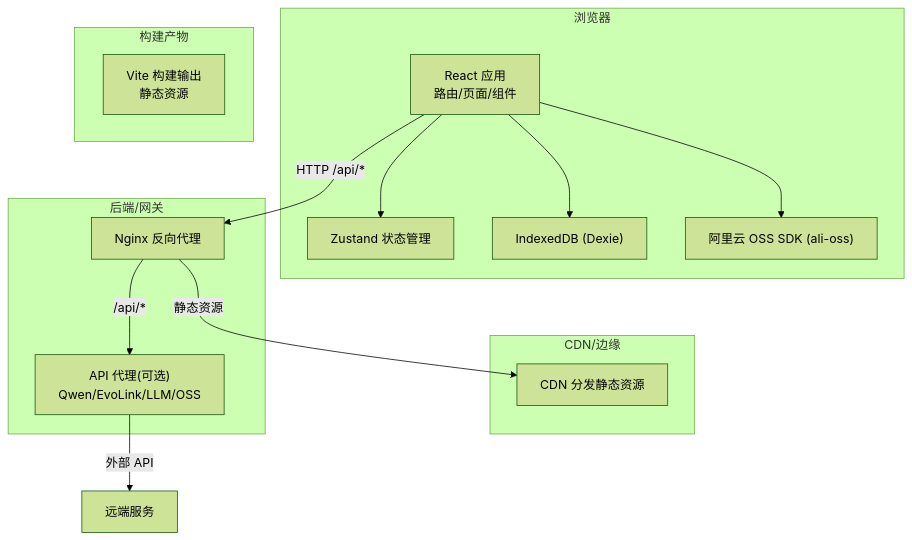
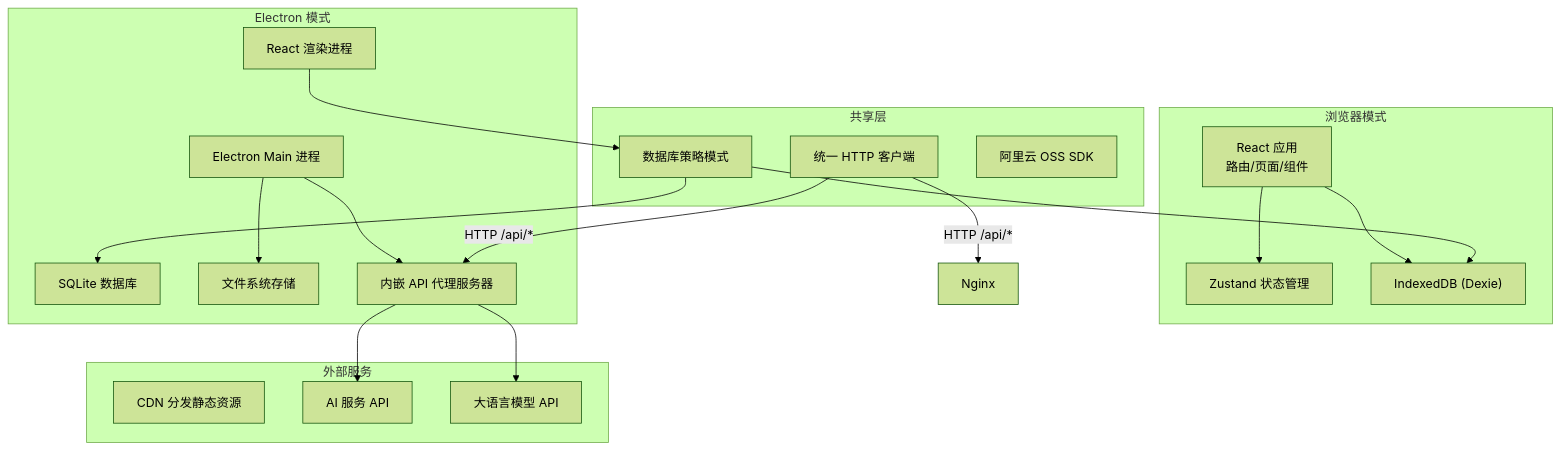
Before and after one commit to AlbusWei/AI-Image-Studio: the first of 4 diagrams in .qoder/repowiki/zh/content/部署指南.md, drawn with Mermaid (forest theme). The commit also changed other lines of this file and 37 other files, not shown here.

First line of the commit message:
feat: 统一数据源 - 浏览器和 Electron 共享同一 SQLite 数据库

````diff
--- a/.qoder/repowiki/zh/content/部署指南.md
+++ b/.qoder/repowiki/zh/content/部署指南.md
@@ -34,26 +44,36 @@
 ```mermaid
 graph TB
-subgraph "浏览器"
-UI["React 应用<br/>路由/页面/组件"]
-Store["Zustand 状态管理"]
-DB["IndexedDB (Dexie)"]
-OSS["阿里云 OSS SDK (ali-oss)"]
+subgraph "浏览器模式"
+BrowserUI["React 应用<br/>路由/页面/组件"]
+BrowserStore["Zustand 状态管理"]
+BrowserDB["IndexedDB (Dexie)"]
 end
-subgraph "构建产物"
-Dist["Vite 构建输出<br/>静态资源"]
+subgraph "Electron 模式"
+ElectronMain["Electron Main 进程"]
+ElectronRenderer["React 渲染进程"]
+SQLiteDB["SQLite 数据库"]
+FileStorage["文件系统存储"]
+APIProxy["内嵌 API 代理服务器"]
 end
-subgraph "CDN/边缘"
+subgraph "共享层"
+StrategyPattern["数据库策略模式"]
+APIClient["统一 HTTP 客户端"]
+OSS["阿里云 OSS SDK"]
+end
+subgraph "外部服务"
 CDN["CDN 分发静态资源"]
+AI_APIs["AI 服务 API"]
+LLM_APIs["大语言模型 API"]
 end
-subgraph "后端/网关"
-Nginx["Nginx 反向代理"]
-Proxy["API 代理(可选)<br/>Qwen/EvoLink/LLM/OSS"]
-end
-UI --> Store
-UI --> DB
-UI --> OSS
-UI --> |HTTP /api/*| Nginx
-Nginx --> |静态资源| CDN
-Nginx --> |/api/*| Proxy
-Proxy --> |外部 API| 远端服务
+BrowserUI --> BrowserStore
+BrowserUI --> BrowserDB
+ElectronRenderer --> StrategyPattern
+StrategyPattern --> SQLiteDB
+StrategyPattern --> BrowserDB
+ElectronMain --> FileStorage
+ElectronMain --> APIProxy
+APIClient --> |HTTP /api/*| APIProxy
+APIClient --> |HTTP /api/*| Nginx
+APIProxy --> AI_APIs
+APIProxy --> LLM_APIs
 ```
````
